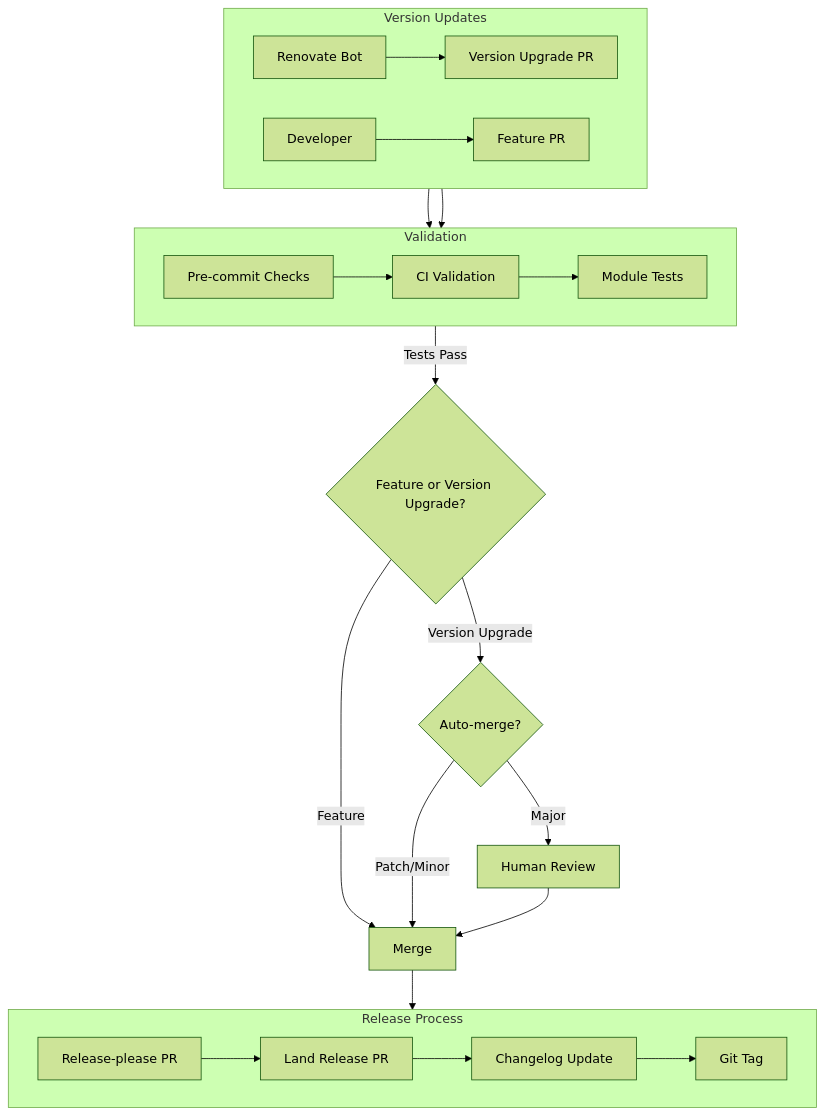
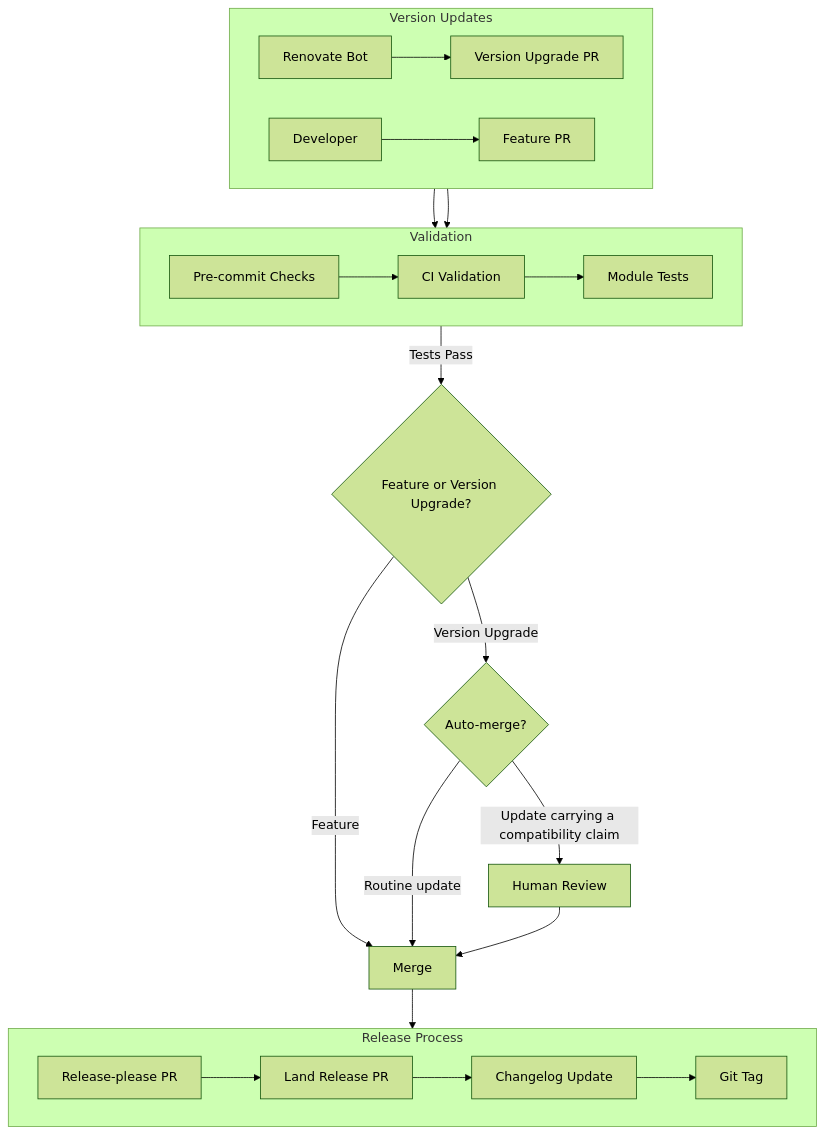
One commit to ppat/homelab-ops-kubernetes-apps changed the second of 2 diagrams in OPERATIONS.md. Above: the diagram before and after it, drawn with Mermaid (forest theme). The commit also changed other lines of this file and 19 other files, not shown here.

````diff
--- a/OPERATIONS.md
+++ b/OPERATIONS.md
@@ -58,36 +75,36 @@
 ```mermaid
 flowchart TB
     subgraph updates [Version Updates]
         direction LR
         R[Renovate Bot] --> PR1[Version Upgrade PR]
         DEV[Developer] --> PR2[Feature PR]
     end
 
     subgraph validation [Validation]
         direction LR
         T1[Module Tests]
         T2[Pre-commit Checks]
         T3[CI Validation]
     end
 
     subgraph release [Release Process]
         direction LR
         RP[Release-please PR]
         RM[Land Release PR]
         CL[Changelog Update]
         TAG[Git Tag]
     end
 
     PR1 --> T3
     PR2 --> T2 --> T3 --> T1
 
     T1 --> |Tests Pass| PRTYPE{Feature or Version Upgrade?}
     PRTYPE --> |Version Upgrade| AM{Auto-merge?}
     PRTYPE --> |Feature| M[Merge]
-    AM --> |Patch/Minor| M
-    AM --> |Major| HR[Human Review] --> M
+    AM --> |Routine update| M
+    AM --> |Update carrying a compatibility claim| HR[Human Review] --> M
 
     M --> RP --> RM
     RM --> CL --> TAG
 
 ```
````
